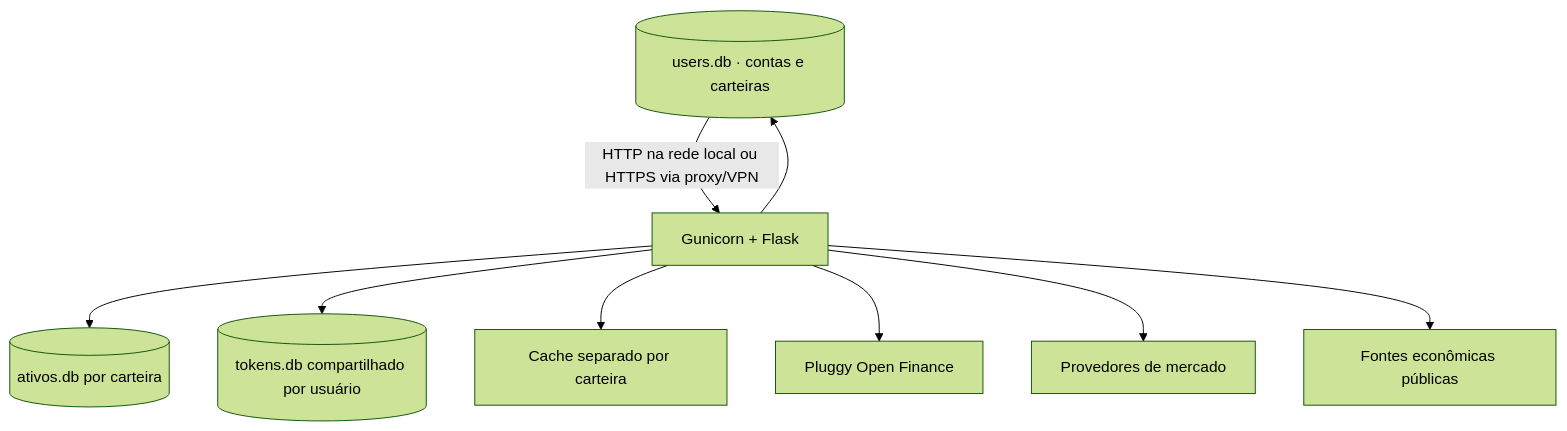
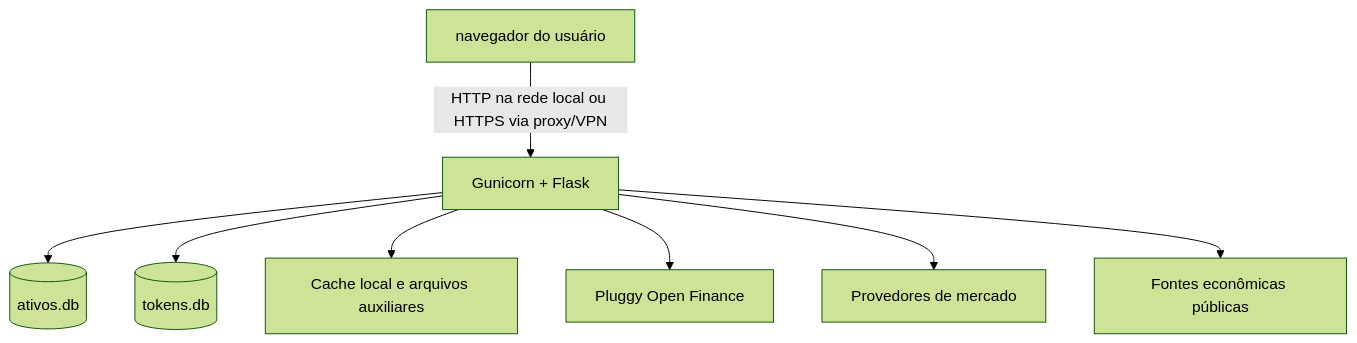
Before and after one commit to L0nker/lonely-wallet: the diagram in README.md, drawn with Mermaid (forest theme). The commit also changed other lines of this file and 12 other files, not shown here.

````diff
--- a/README.md
+++ b/README.md
@@ -163,11 +150,10 @@
 ```mermaid
 flowchart TD
     U[ navegador do usuário ] -->|HTTP na rede local ou HTTPS via proxy/VPN| W[Gunicorn + Flask]
-    W --> U[(users.db · contas e carteiras)]
-    W --> A[(ativos.db por carteira)]
-    W --> T[(tokens.db compartilhado por usuário)]
-    W --> C[Cache separado por carteira]
+    W --> A[(ativos.db)]
+    W --> T[(tokens.db)]
+    W --> C[Cache local e arquivos auxiliares]
     W --> P[Pluggy Open Finance]
     W --> M[Provedores de mercado]
     W --> E[Fontes econômicas públicas]
 ```
````
